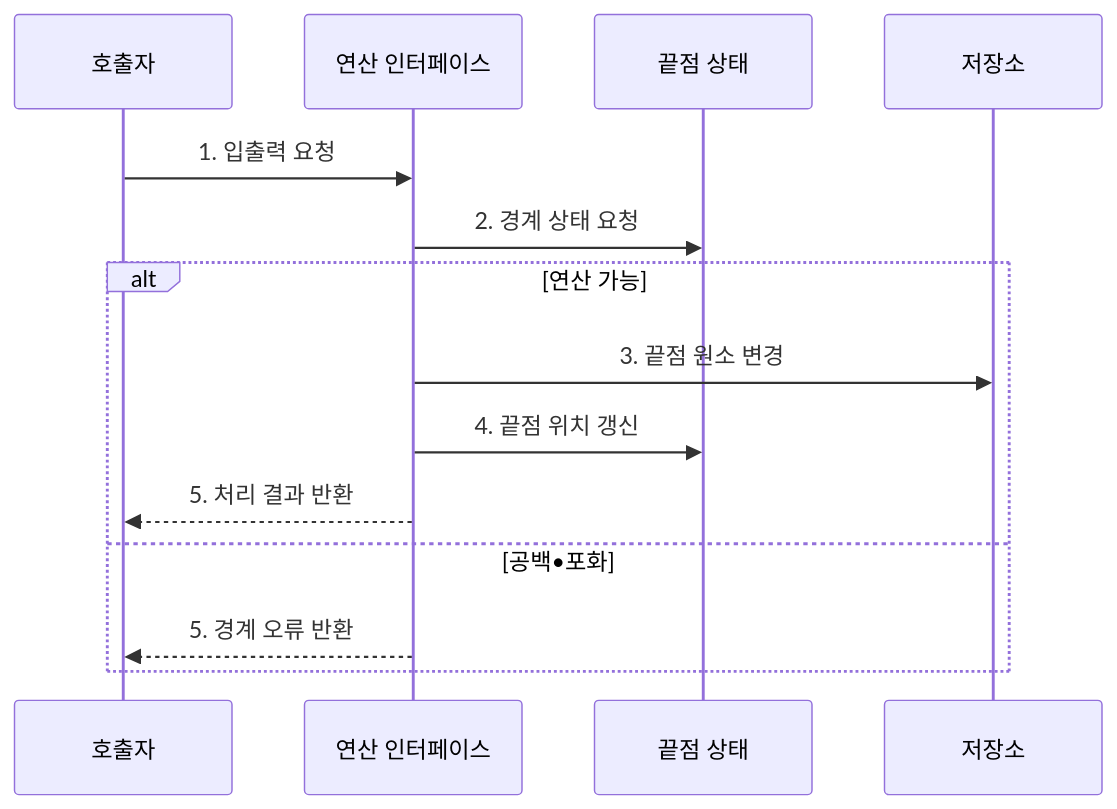
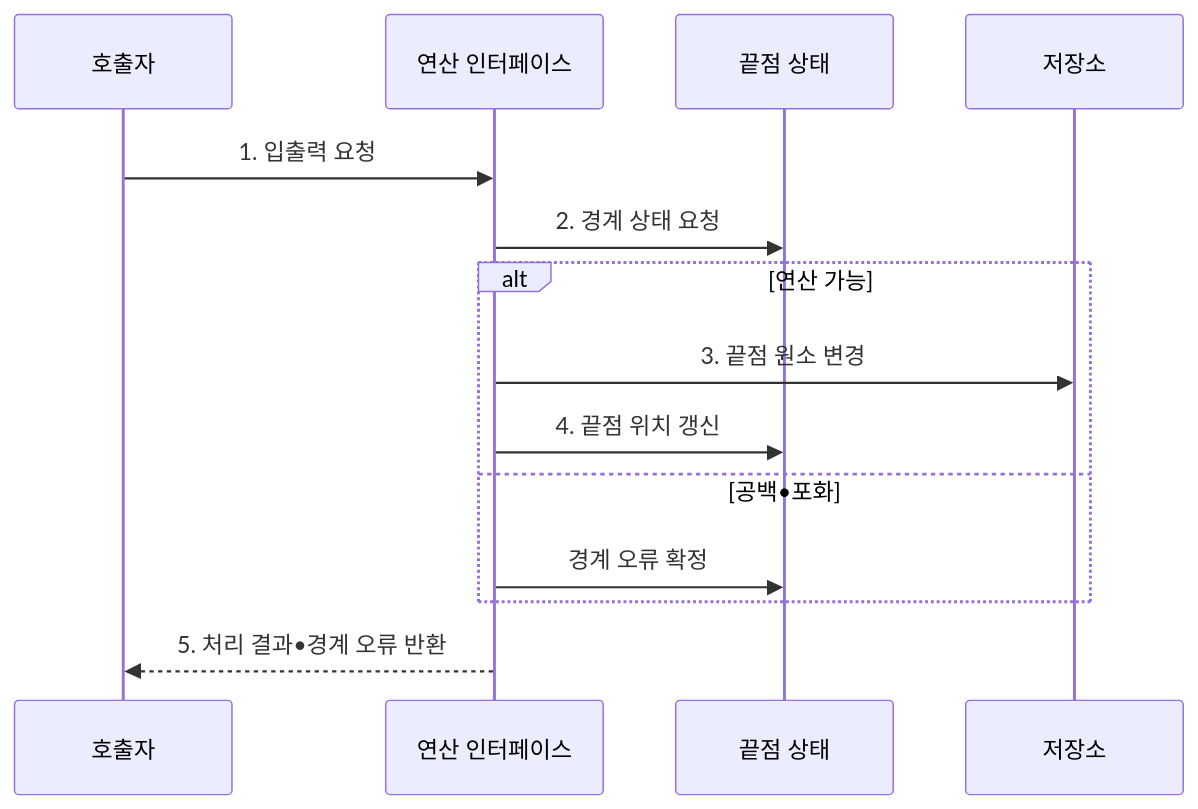
Before and after one commit to agnusdei1207/knowledge-base: the second of 2 diagrams in src/content/docs/notes/01-basic-theory/007_stack_queue_deque.md, drawn with Mermaid. The commit also changed other lines of this file and 33 other files, not shown here.

````diff
--- a/src/content/docs/notes/01-basic-theory/007_stack_queue_deque.md
+++ b/src/content/docs/notes/01-basic-theory/007_stack_queue_deque.md
@@ -76,16 +76,16 @@
 ```mermaid
 sequenceDiagram
     participant Q as 호출자
     participant I as 연산 인터페이스
     participant E as 끝점 상태
     participant S as 저장소
     Q->>I: 1. 입출력 요청
     I->>E: 2. 경계 상태 요청
     alt 연산 가능
         I->>S: 3. 끝점 원소 변경
         I->>E: 4. 끝점 위치 갱신
-        I-->>Q: 5. 처리 결과 반환
     else 공백•포화
-        I-->>Q: 5. 경계 오류 반환
+        I->>E: 경계 오류 확정
     end
+    I-->>Q: 5. 처리 결과•경계 오류 반환
 ```
````
